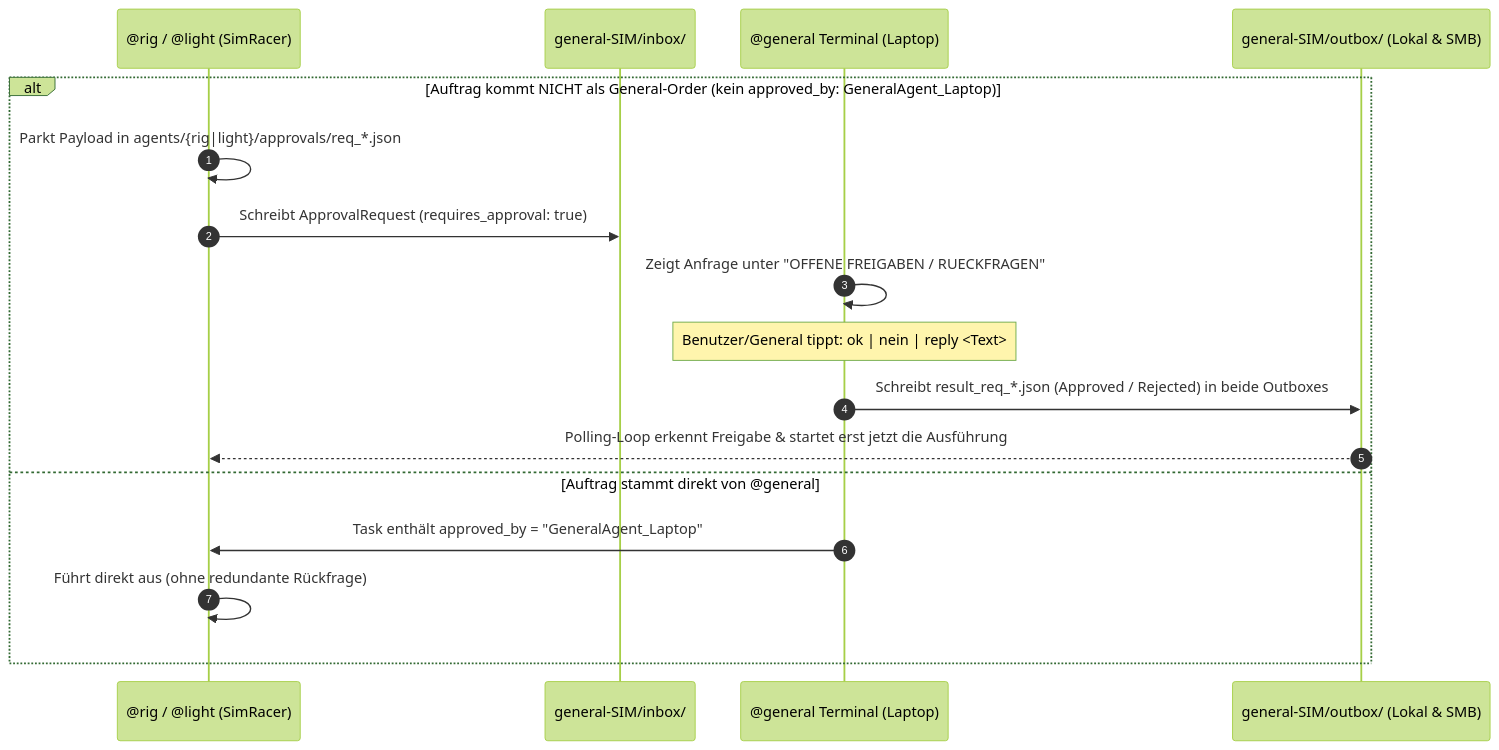
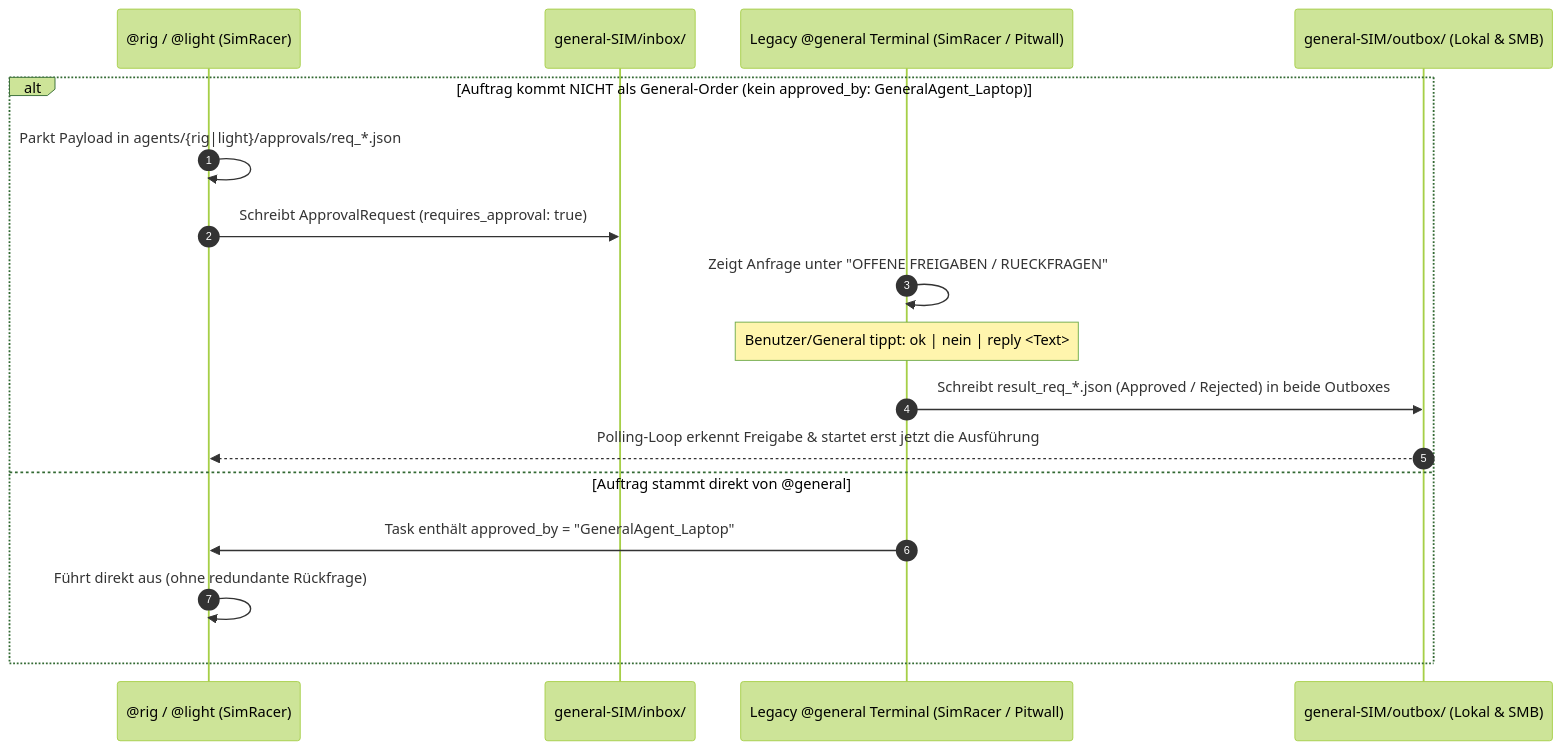
One commit to mestuermer-svg/first changed the second of 2 diagrams in Doku/05_Agents/05_workspace-schnittstelle-simracer-und-agenten-terminals.md. Above: the diagram before and after it, drawn with Mermaid (forest theme). The commit also changed other lines of this file and 12 other files, not shown here.

````diff
--- a/Doku/05_Agents/05_workspace-schnittstelle-simracer-und-agenten-terminals.md
+++ b/Doku/05_Agents/05_workspace-schnittstelle-simracer-und-agenten-terminals.md
@@ -236,20 +287,20 @@
 ```mermaid
 sequenceDiagram
     autonumber
     participant S as @rig / @light (SimRacer)
     participant GI as general-SIM/inbox/
-    participant G as @general Terminal (Laptop)
+    participant G as Legacy @general Terminal (SimRacer / Pitwall)
     participant GO as general-SIM/outbox/ (Lokal & SMB)
 
     alt Auftrag kommt NICHT als General-Order (kein approved_by: GeneralAgent_Laptop)
         S->>S: Parkt Payload in agents/{rig|light}/approvals/req_*.json
         S->>GI: Schreibt ApprovalRequest (requires_approval: true)
         G->>G: Zeigt Anfrage unter "OFFENE FREIGABEN / RUECKFRAGEN"
         Note over G: Benutzer/General tippt: ok | nein | reply <Text>
         G->>GO: Schreibt result_req_*.json (Approved / Rejected) in beide Outboxes
         GO-->>S: Polling-Loop erkennt Freigabe & startet erst jetzt die Ausführung
     else Auftrag stammt direkt von @general
         G->>S: Task enthält approved_by = "GeneralAgent_Laptop"
         S->>S: Führt direkt aus (ohne redundante Rückfrage)
     end
 ```
````
